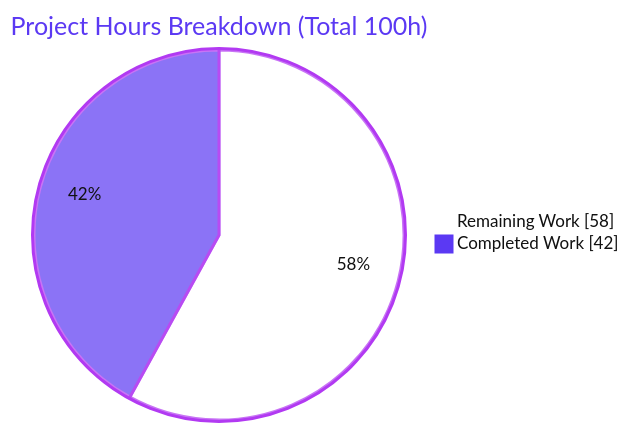
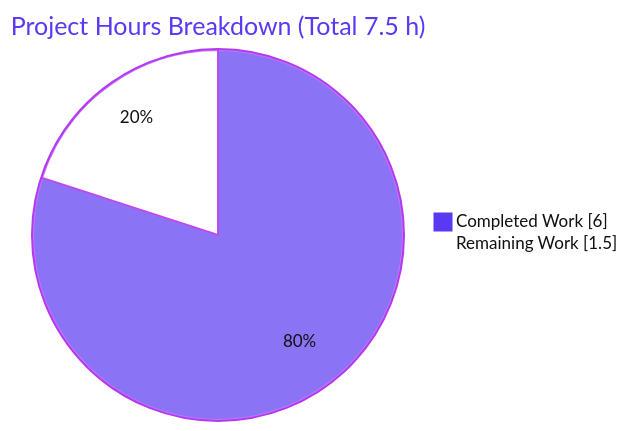
One commit to Blitzy-Multi/Artifact4 changed the second of 2 diagrams in blitzy/documentation/Project Guide.md. Above: the diagram before and after it, drawn with Mermaid. The commit also changed other lines of this file, not shown here.

Commit message:
Adding Blitzy Project Guide: Project Status and Human Tasks Remaining

````diff
--- a/blitzy/documentation/Project Guide.md
+++ b/blitzy/documentation/Project Guide.md
@@ -217,6 +186,6 @@
 ```mermaid
-%%{init: {"theme":"base","themeVariables":{"pie1":"#FFFFFF","pie2":"#5B39F3","pieStrokeColor":"#B23AF2","pieStrokeWidth":"3px","pieOuterStrokeColor":"#B23AF2","pieOuterStrokeWidth":"3px","pieSectionTextColor":"#111111","pieTitleTextColor":"#5B39F3","pieLegendTextColor":"#111111"}}}%%
-pie showData title Project Hours Breakdown (Total 100h)
-    "Remaining Work" : 58
-    "Completed Work" : 42
+%%{init: {"theme":"base","themeVariables":{"pie1":"#5B39F3","pie2":"#FFFFFF","pieStrokeColor":"#B23AF2","pieStrokeWidth":"2px","pieOuterStrokeColor":"#B23AF2","pieOuterStrokeWidth":"2px","pieSectionTextColor":"#111111","pieTitleTextColor":"#5B39F3","pieLegendTextColor":"#111111"}}}%%
+pie showData title Project Hours Breakdown (Total 7.5 h)
+    "Completed Work" : 6.0
+    "Remaining Work" : 1.5
 ```
````
